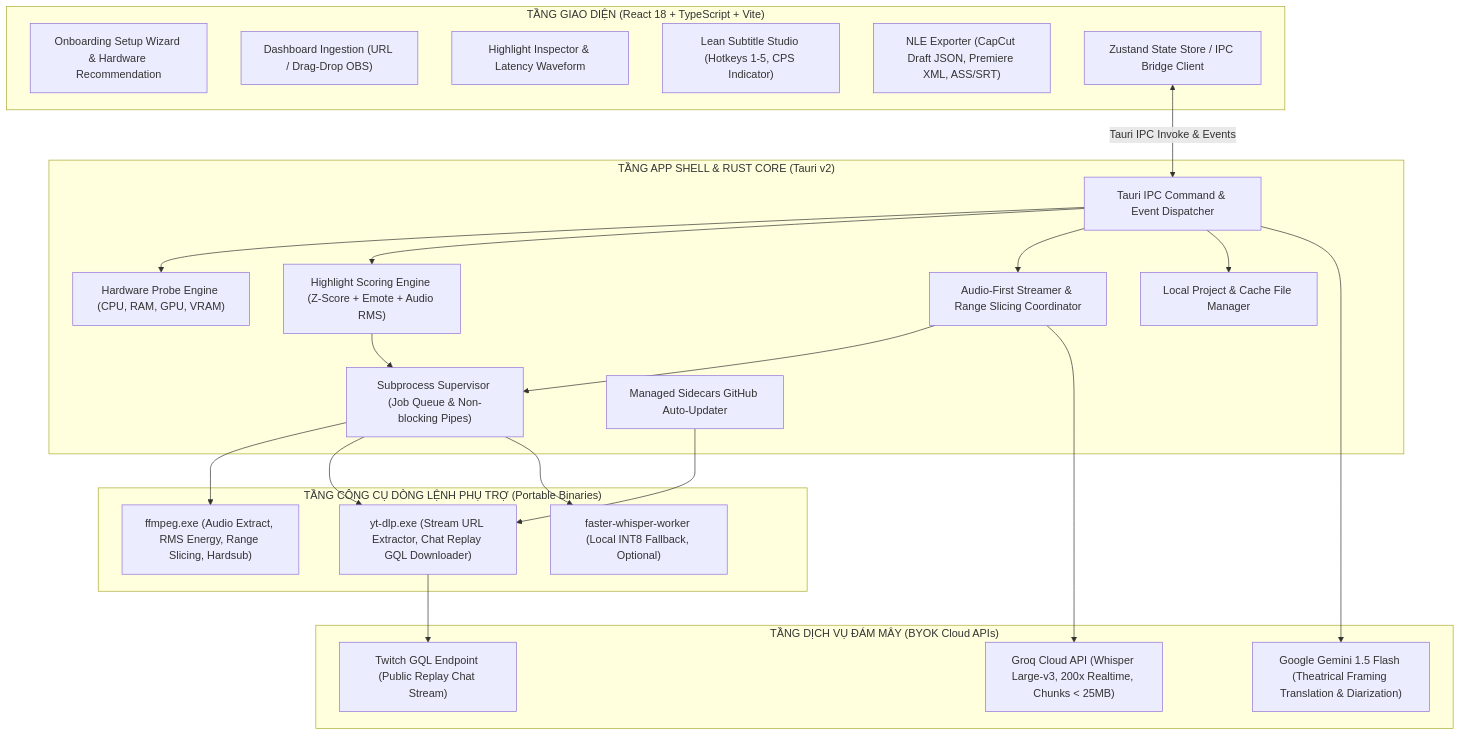
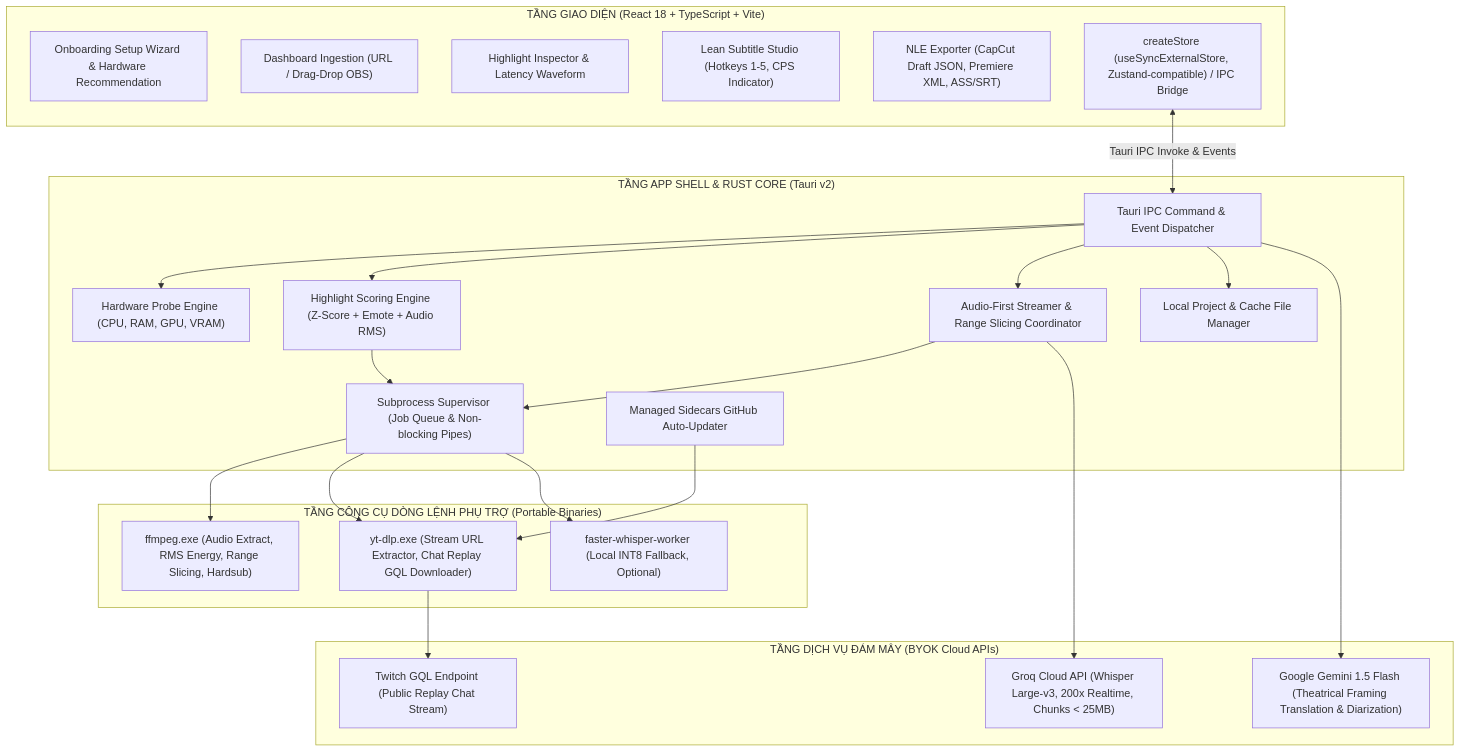
Before and after one commit to Nashidiwa/neuroclip: the first of 7 diagrams in docs/ARCHITECTURE.md, drawn with Mermaid. The commit also changed other lines of this file and 6 other files, not shown here.

````diff
--- a/docs/ARCHITECTURE.md
+++ b/docs/ARCHITECTURE.md
@@ -58,51 +58,51 @@
 ```mermaid
 graph TD
     subgraph UI ["TẦNG GIAO DIỆN (React 18 + TypeScript + Vite)"]
         UI_Onboarding["Onboarding Setup Wizard & Hardware Recommendation"]
         UI_Dashboard["Dashboard Ingestion (URL / Drag-Drop OBS)"]
         UI_Highlight["Highlight Inspector & Latency Waveform"]
         UI_Studio["Lean Subtitle Studio (Hotkeys 1-5, CPS Indicator)"]
         UI_Export["NLE Exporter (CapCut Draft JSON, Premiere XML, ASS/SRT)"]
-        UI_Store["Zustand State Store / IPC Bridge Client"]
+        UI_Store["createStore (useSyncExternalStore, Zustand-compatible) / IPC Bridge"]
     end
 
     subgraph TAURI ["TẦNG APP SHELL & RUST CORE (Tauri v2)"]
         IPC_Router["Tauri IPC Command & Event Dispatcher"]
         HW_Probe["Hardware Probe Engine (CPU, RAM, GPU, VRAM)"]
         Proc_Supervisor["Subprocess Supervisor (Job Queue & Non-blocking Pipes)"]
         HL_Engine["Highlight Scoring Engine (Z-Score + Emote + Audio RMS)"]
         Audio_Slicer["Audio-First Streamer & Range Slicing Coordinator"]
         Storage_Mgr["Local Project & Cache File Manager"]
         Sidecar_Updater["Managed Sidecars GitHub Auto-Updater"]
     end
 
     subgraph SIDECARS ["TẦNG CÔNG CỤ DÒNG LỆNH PHỤ TRỢ (Portable Binaries)"]
         SC_FFmpeg["ffmpeg.exe (Audio Extract, RMS Energy, Range Slicing, Hardsub)"]
         SC_YtDlp["yt-dlp.exe (Stream URL Extractor, Chat Replay GQL Downloader)"]
         SC_Whisper["faster-whisper-worker (Local INT8 Fallback, Optional)"]
     end
 
     subgraph CLOUD_AI ["TẦNG DỊCH VỤ ĐÁM MÂY (BYOK Cloud APIs)"]
         API_Groq["Groq Cloud API (Whisper Large-v3, 200x Realtime, Chunks < 25MB)"]
         API_Gemini["Google Gemini 1.5 Flash (Theatrical Framing Translation & Diarization)"]
         API_Twitch["Twitch GQL Endpoint (Public Replay Chat Stream)"]
     end
 
     %% Giao tiếp giữa các tầng
     UI_Store <-->|Tauri IPC Invoke & Events| IPC_Router
     IPC_Router --> HW_Probe
     IPC_Router --> HL_Engine
     IPC_Router --> Audio_Slicer
     IPC_Router --> Storage_Mgr
     
     Audio_Slicer --> Proc_Supervisor
     HL_Engine --> Proc_Supervisor
     Proc_Supervisor --> SC_FFmpeg
     Proc_Supervisor --> SC_YtDlp
     Proc_Supervisor --> SC_Whisper
     Sidecar_Updater --> SC_YtDlp
 
     Audio_Slicer --> API_Groq
     IPC_Router --> API_Gemini
     SC_YtDlp --> API_Twitch
 ```
````
